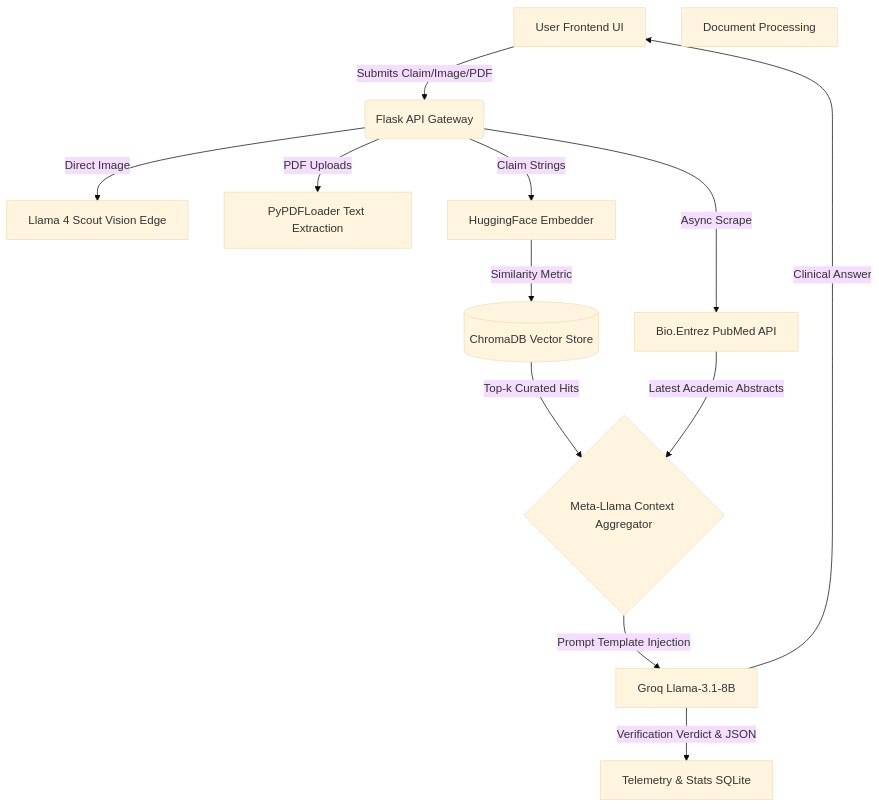
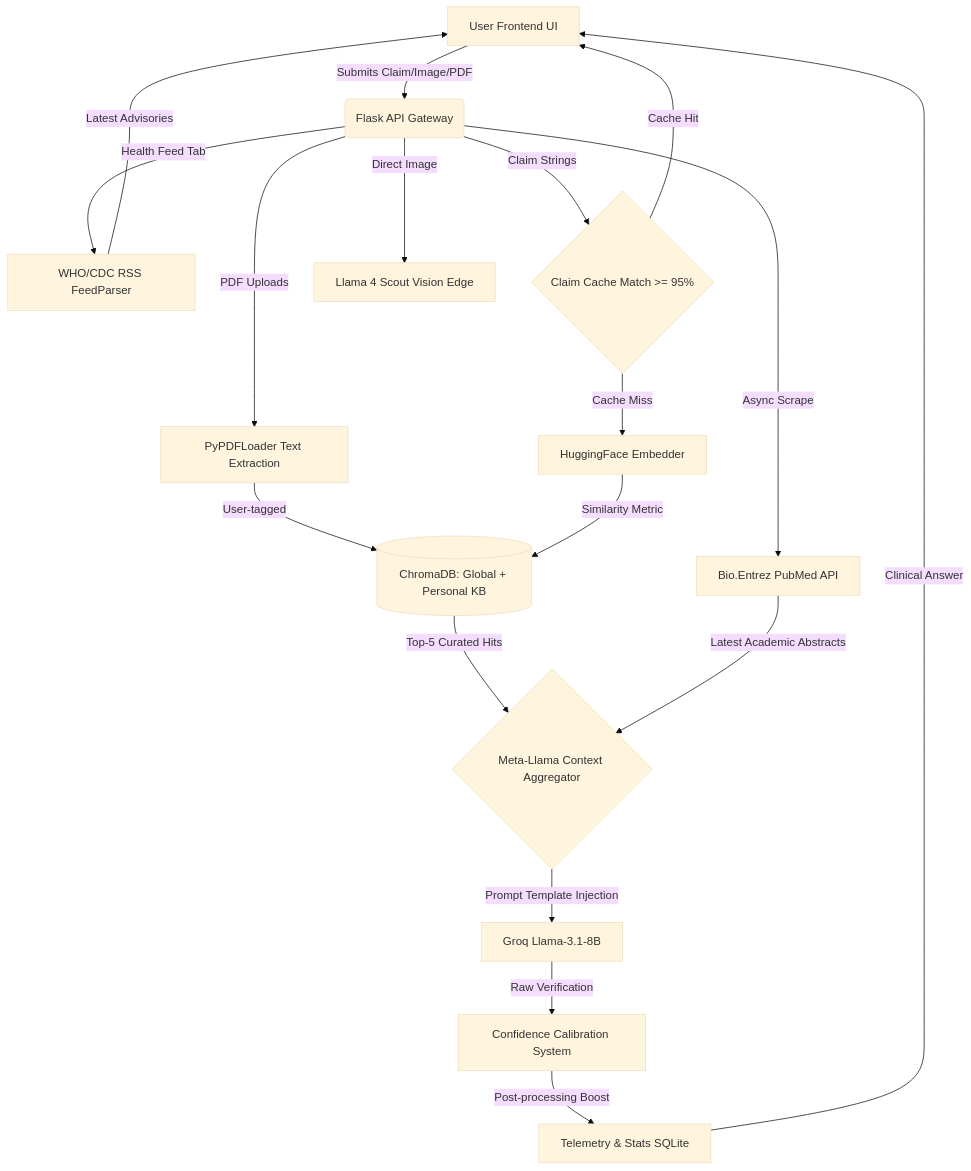
Before and after one commit to Shreemohanpalthya359/medical-fast-checker: the diagram in README.md, drawn with Mermaid (base theme). The commit also changed other lines of this file, not shown here.

Commit message:
docs: Update README with new RAG features and architecture map

````diff
--- a/README.md
+++ b/README.md
@@ -71,20 +71,27 @@
 ```mermaid
 graph TD
     A[User Frontend UI] -->|Submits Claim/Image/PDF| B(Flask API Gateway)
     
-    subparse[Document Processing]
+    B -->|Health Feed Tab| HF[WHO/CDC RSS FeedParser]
+    HF -->|Latest Advisories| A
+
+    B -->|Claim Strings| CC{Claim Cache Match >= 95%}
+    CC -->|Cache Hit| A
+    
+    CC -->|Cache Miss| E[HuggingFace Embedder]
     B -->|Direct Image| C[Llama 4 Scout Vision Edge]
     B -->|PDF Uploads| D[PyPDFLoader Text Extraction]
-    B -->|Claim Strings| E[HuggingFace Embedder]
+    D -->|User-tagged| F
     
-    E -->|Similarity Metric| F[(ChromaDB Vector Store)]
-    F -->|Top-k Curated Hits| G
+    E -->|Similarity Metric| F[(ChromaDB: Global + Personal KB)]
+    F -->|Top-5 Curated Hits| G
     
     B -->|Async Scrape| H[Bio.Entrez PubMed API]
     H -->|Latest Academic Abstracts| G
     
     G{Meta-Llama Context Aggregator} -->|Prompt Template Injection| I[Groq Llama-3.1-8B]
     
-    I -->|Verification Verdict & JSON| J[Telemetry & Stats SQLite]
-    I -->|Clinical Answer| A
+    I -->|Raw Verification| J[Confidence Calibration System]
+    J -->|Post-processing Boost| K[Telemetry & Stats SQLite]
+    K -->|Clinical Answer| A
 ```
````
